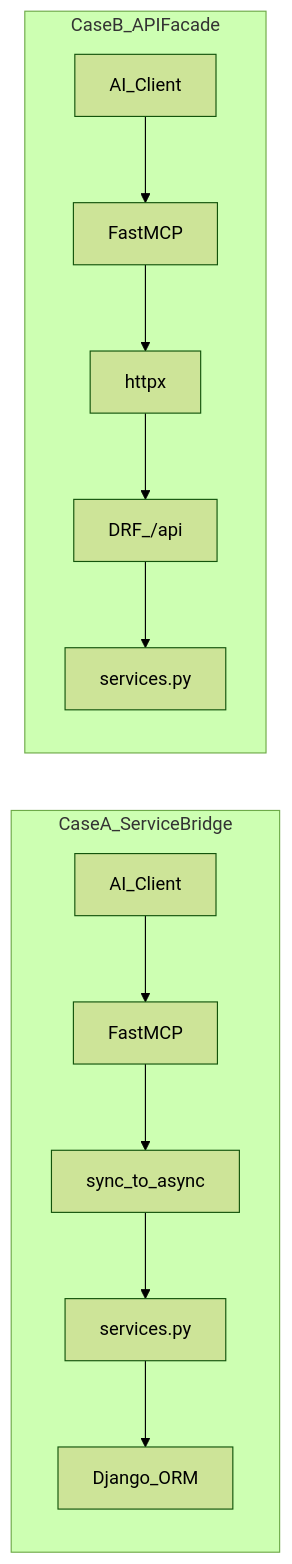
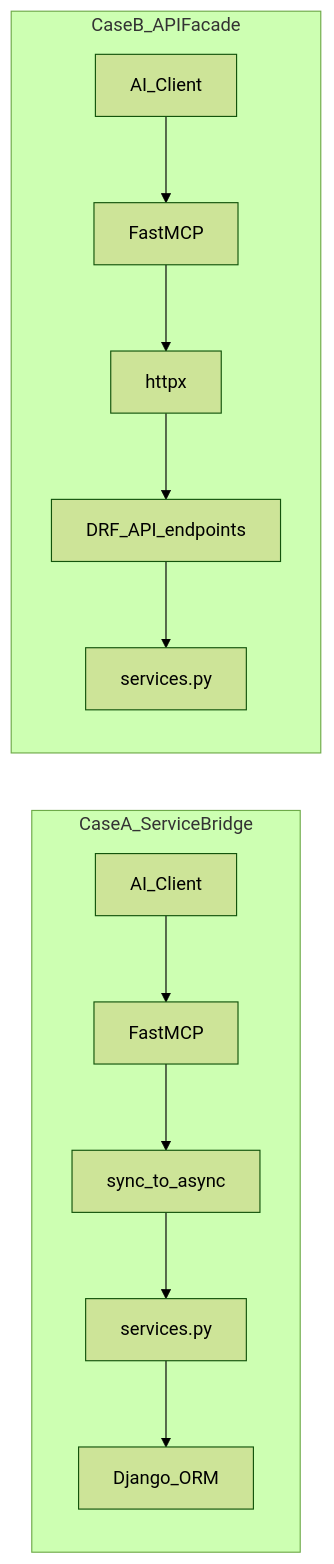
The diagram in .cursor/playbooks/edda/artifacts/57-MCP_FastMCP_Reference_Architecture.md (FeatureFactory-io/yggdrasil), drawn with Mermaid (forest theme) before and after one commit. The commit also changed other lines of this file and 71 other files, not shown here.

````diff
--- a/.cursor/playbooks/edda/artifacts/57-MCP_FastMCP_Reference_Architecture.md
+++ b/.cursor/playbooks/edda/artifacts/57-MCP_FastMCP_Reference_Architecture.md
@@ -71,15 +69,15 @@
 ```mermaid
 flowchart LR
   subgraph caseA [CaseA_ServiceBridge]
     CA[AI_Client] --> FA[FastMCP]
     FA --> ST[sync_to_async]
     ST --> SV[services.py]
     SV --> ORM[Django_ORM]
   end
   subgraph caseB [CaseB_APIFacade]
     CB[AI_Client] --> FB[FastMCP]
     FB --> HX[httpx]
-    HX --> API[DRF_/api]
+    HX --> API[DRF_API_endpoints]
     API --> SVB[services.py]
   end
 ```
````
